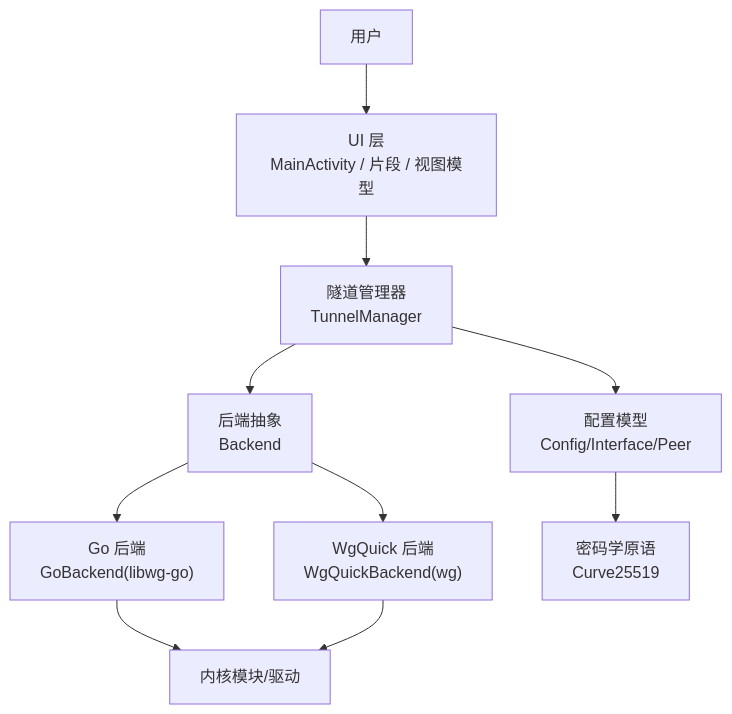
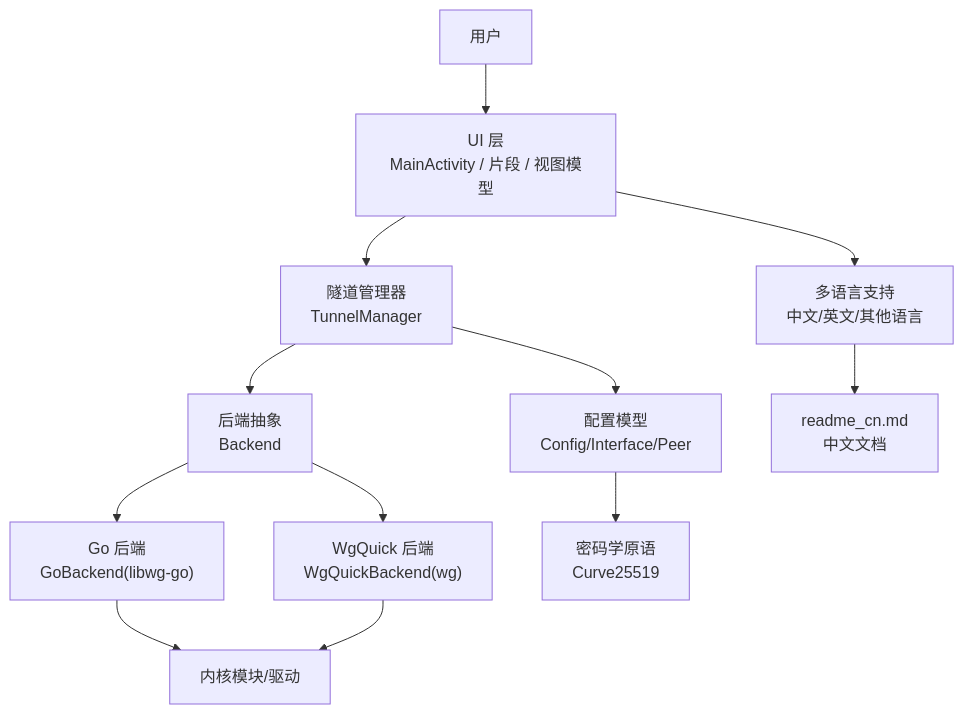
Before and after one commit to tea4go/wireguard-android: the third of 8 diagrams in .qoder/repowiki/zh/content/项目概述/项目介绍.md, drawn with Mermaid. The commit also changed other lines of this file and 4 other files, not shown here.

````diff
--- a/.qoder/repowiki/zh/content/项目概述/项目介绍.md
+++ b/.qoder/repowiki/zh/content/项目概述/项目介绍.md
@@ -142,12 +212,14 @@
 ```mermaid
 graph TB
 A["用户"] --> B["UI 层<br/>MainActivity / 片段 / 视图模型"]
 B --> C["隧道管理器<br/>TunnelManager"]
 C --> D["后端抽象<br/>Backend"]
 D --> E["Go 后端<br/>GoBackend(libwg-go)"]
 D --> F["WgQuick 后端<br/>WgQuickBackend(wg)"]
 E --> G["内核模块/驱动"]
 F --> G
 C --> H["配置模型<br/>Config/Interface/Peer"]
 H --> I["密码学原语<br/>Curve25519"]
+B --> J["多语言支持<br/>中文/英文/其他语言"]
+J --> K["readme_cn.md<br/>中文文档"]
 ```
````
